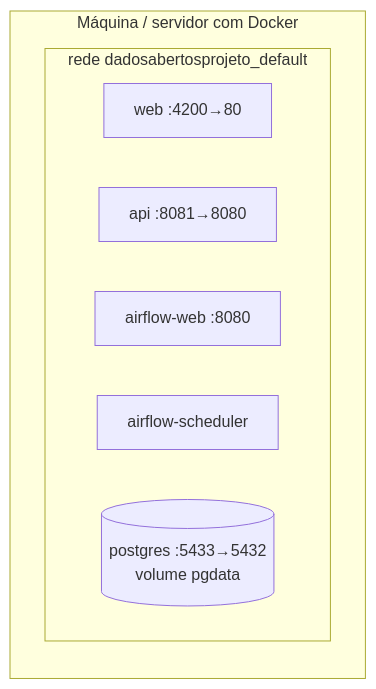
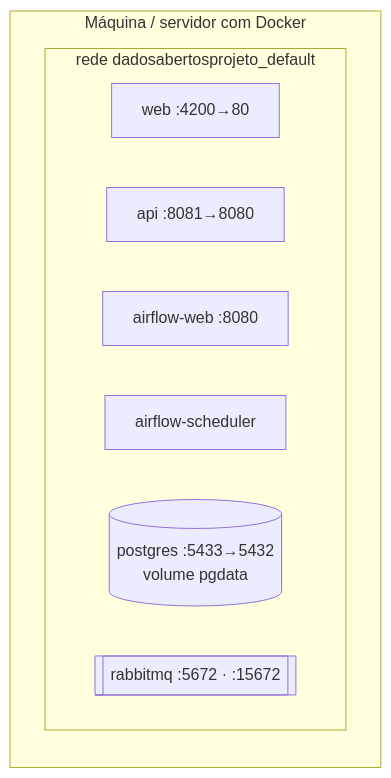
One commit to AllanCristiano/dadosabertosprojeto changed diagram 11 of 11 in docs/ARQUITETURA.md. Above: the diagram before and after it, drawn with Mermaid. The commit also changed other lines of this file and 52 other files, not shown here.

````diff
--- a/docs/ARQUITETURA.md
+++ b/docs/ARQUITETURA.md
@@ -299,12 +328,13 @@
 ```mermaid
 flowchart LR
   subgraph Host[Máquina / servidor com Docker]
     subgraph net[rede dadosabertosprojeto_default]
       web[web :4200→80]
       api[api :8081→8080]
       afw[airflow-web :8080]
       afs[airflow-scheduler]
       pg[(postgres :5433→5432<br/>volume pgdata)]
+      mq[[rabbitmq :5672 · :15672]]
     end
   end
 ```
````
